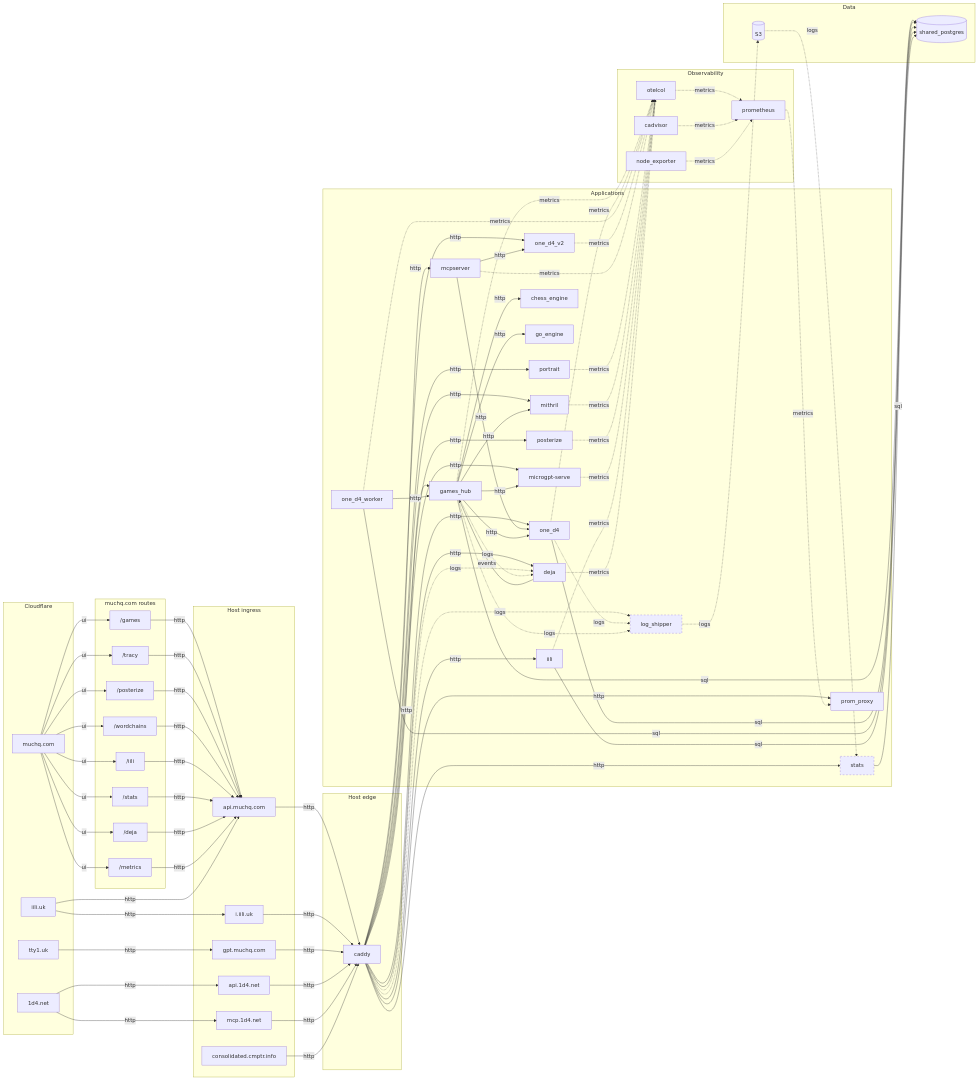
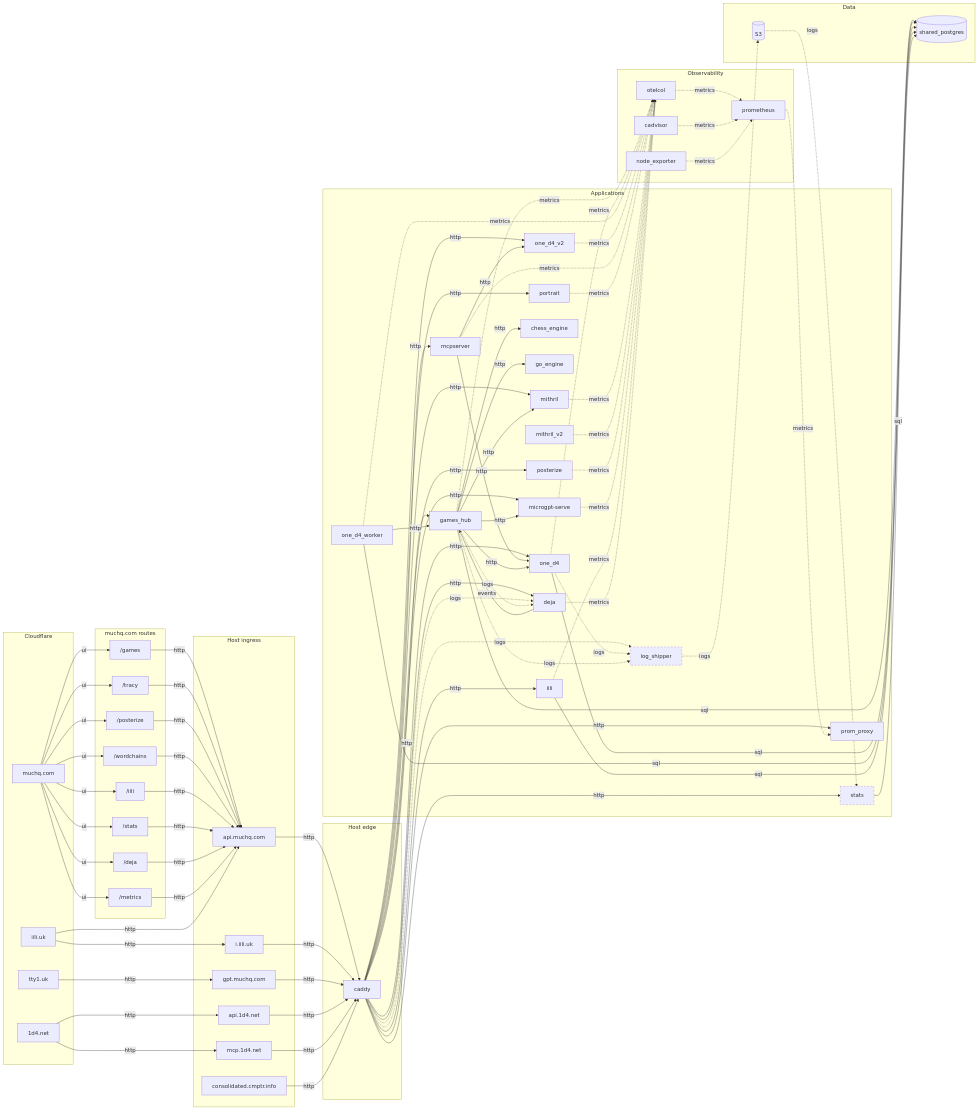
One commit to muchq/MoonBase changed the diagram in docs/DEPLOYMENT.md. Above: the diagram before and after it, drawn with Mermaid. The commit also changed 34 other files, not shown here.

```diff
--- a/docs/DEPLOYMENT.md
+++ b/docs/DEPLOYMENT.md
@@ -114,6 +114,7 @@
     mcpserver["mcpserver"]
     portrait["portrait"]
     mithril["mithril"]
+    mithril_v2["mithril_v2"]
     chess_engine["chess_engine"]
     go_engine["go_engine"]
     posterize["posterize"]
@@ -212,6 +213,7 @@
   mcpserver -.->|metrics| otelcol
   portrait -.->|metrics| otelcol
   mithril -.->|metrics| otelcol
+  mithril_v2 -.->|metrics| otelcol
   posterize -.->|metrics| otelcol
   microgpt-serve -.->|metrics| otelcol
   iili -.->|metrics| otelcol
```
